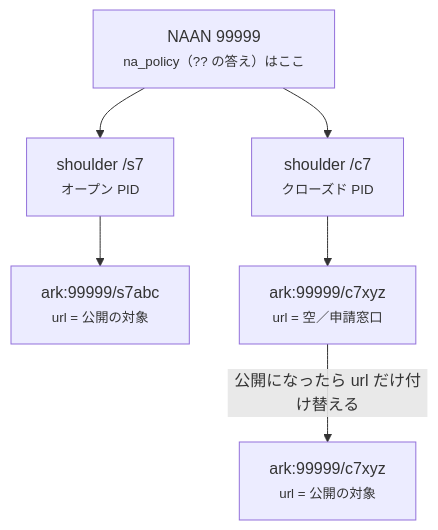
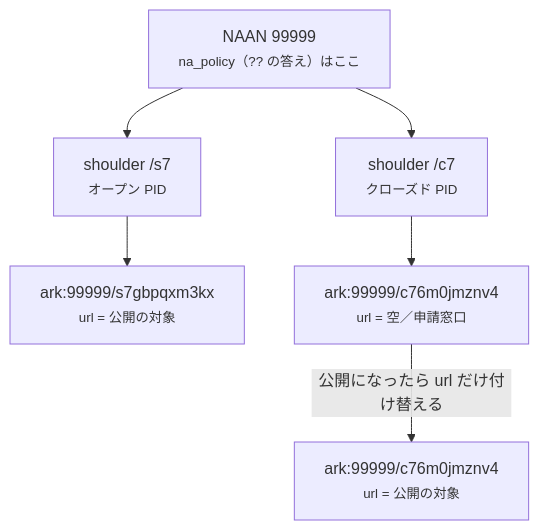
One commit to RCOSDP/arkhe changed diagram 12 of 14 in docs/guides/federation.ja.md. Above: the diagram before and after it, drawn with Mermaid. The commit also changed other lines of this file and 29 other files, not shown here.

````diff
--- a/docs/guides/federation.ja.md
+++ b/docs/guides/federation.ja.md
@@ -351,9 +351,9 @@
 ```mermaid
 flowchart TD
     N["NAAN 99999<br/><small>na_policy（?? の答え）はここ</small>"]
     N --> SO["shoulder /s7<br/><small>オープン PID</small>"]
     N --> SC["shoulder /c7<br/><small>クローズド PID</small>"]
-    SO --> AO["ark:99999/s7abc<br/><small>url = 公開の対象</small>"]
-    SC --> AC["ark:99999/c7xyz<br/><small>url = 空／申請窓口</small>"]
-    AC -->|"公開になったら url だけ付け替える"| AC2["ark:99999/c7xyz<br/><small>url = 公開の対象</small>"]
+    SO --> AO["ark:99999/s7gbpqxm3kx<br/><small>url = 公開の対象</small>"]
+    SC --> AC["ark:99999/c76m0jmznv4<br/><small>url = 空／申請窓口</small>"]
+    AC -->|"公開になったら url だけ付け替える"| AC2["ark:99999/c76m0jmznv4<br/><small>url = 公開の対象</small>"]
 ```
````
